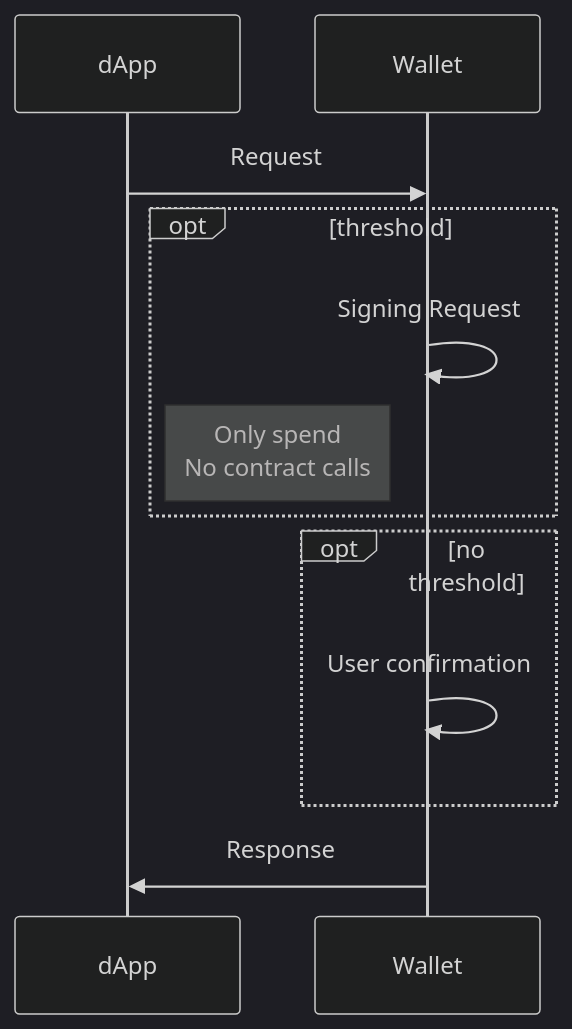
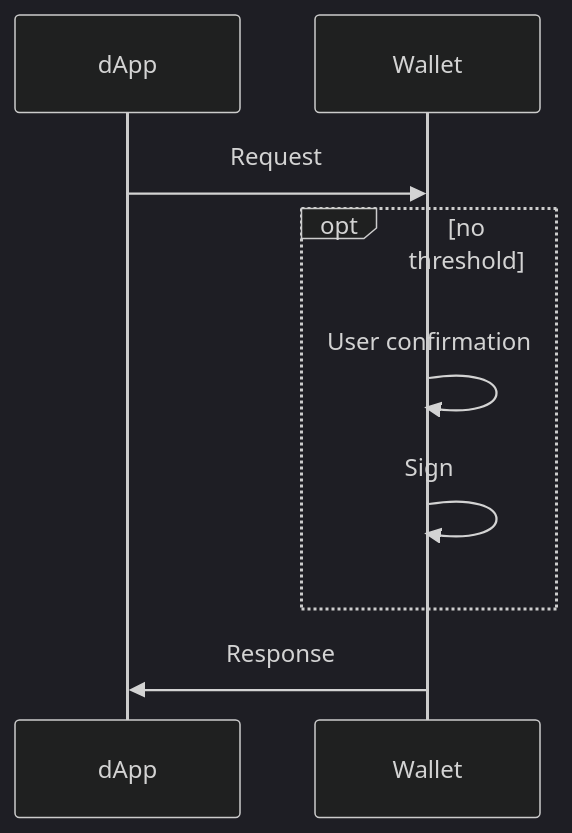
The fourth of 5 diagrams in flows/P2PDirect.md (airgap-it/beacon-sdk), drawn with Mermaid (dark theme) before and after one commit. The commit also changed other lines of this file and 3 other files, not shown here.

Commit message:
feat(flows): update flows

````diff
--- a/flows/P2PDirect.md
+++ b/flows/P2PDirect.md
@@ -40,12 +36,9 @@
 ```mermaid
 sequenceDiagram
     dApp->>Wallet: Request
-    opt threshold
-        Wallet->>Wallet: Signing Request
-        Note left of Wallet: Only spend<br/>No contract calls
-    end
     opt no threshold
         Wallet->>Wallet: User confirmation
+        Wallet->>Wallet: Sign
     end
     Wallet->>dApp: Response
 ```
````
